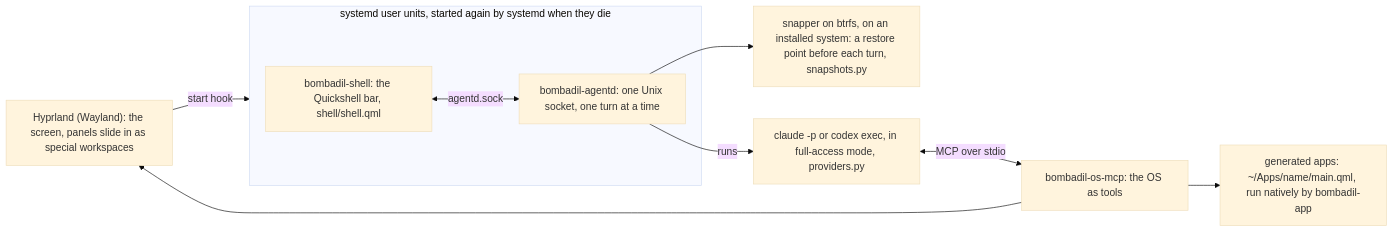
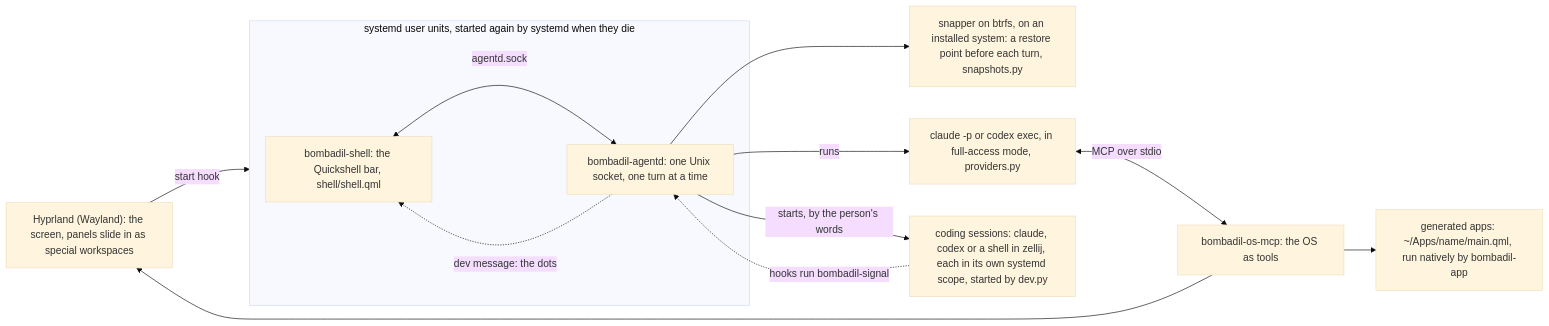
The diagram in README.md (thedefaultman/Bombadil), drawn with Mermaid (base theme) before and after one commit. The commit also changed other lines of this file and 1 other file, not shown here.

First line of the commit message:
docs: pages updated for coding sessions, the Away card and the limit-code fix (work in progress)

````diff
--- a/README.md
+++ b/README.md
@@ -29,19 +29,23 @@
 ```mermaid
 flowchart LR
     HYPR["Hyprland (Wayland): the screen, panels slide in as special workspaces"]
     subgraph UNITS["systemd user units, started again by systemd when they die"]
         SHELL["bombadil-shell: the Quickshell bar, shell/shell.qml"]
         AGENTD["bombadil-agentd: one Unix socket, one turn at a time"]
     end
     SNAP["snapper on btrfs, on an installed system: a restore point before each turn, snapshots.py"]
     CLI["claude -p or codex exec, in full-access mode, providers.py"]
     MCP["bombadil-os-mcp: the OS as tools"]
     APPS["generated apps: ~/Apps/name/main.qml, run natively by bombadil-app"]
+    DEV["coding sessions: claude, codex or a shell in zellij, each in its own systemd scope, started by dev.py"]
     HYPR -->|"start hook"| UNITS
     SHELL <-->|"agentd.sock"| AGENTD
     AGENTD --> SNAP
     AGENTD -->|"runs"| CLI
     CLI <-->|"MCP over stdio"| MCP
     MCP --> HYPR
     MCP --> APPS
+    AGENTD -->|"starts, by the person's words"| DEV
+    DEV -.->|"hooks run bombadil-signal"| AGENTD
+    AGENTD -.->|"dev message: the dots"| SHELL
 ```
````
